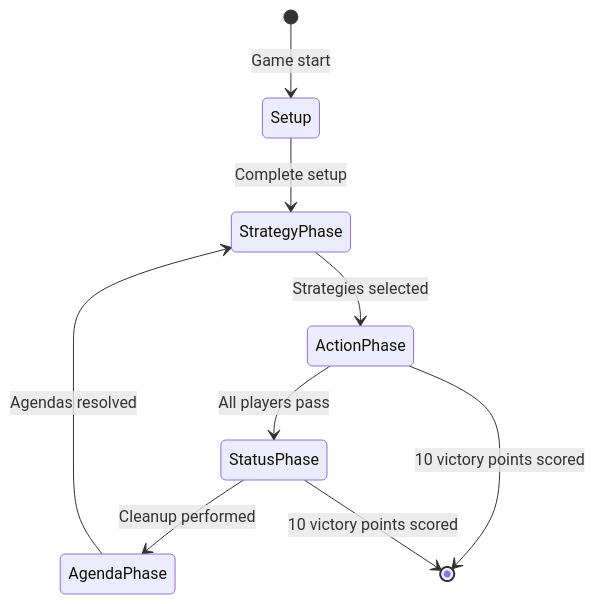
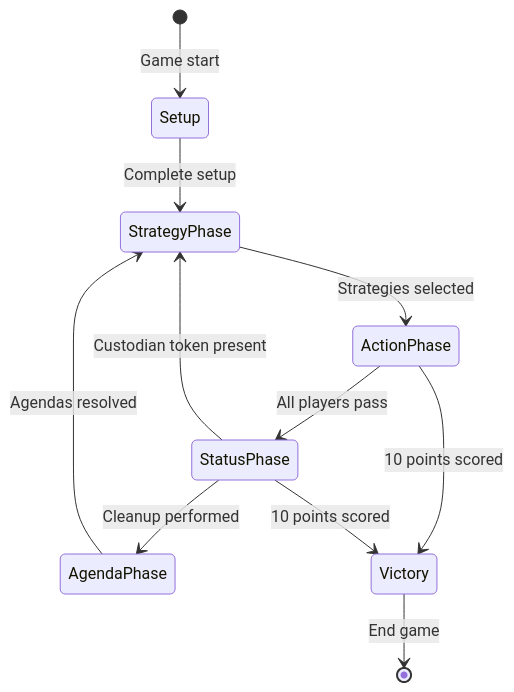
The first of 2 diagrams in docs/overview_of_rules.md (alfabetacain/ti4), drawn with Mermaid before and after one commit.

Commit message:
add transtition to status phase

````diff
--- a/docs/overview_of_rules.md
+++ b/docs/overview_of_rules.md
@@ -9,11 +9,13 @@
 ```mermaid
 stateDiagram-v2
     [*] --> Setup: Game start
     Setup --> StrategyPhase: Complete setup
     StrategyPhase --> ActionPhase: Strategies selected
     ActionPhase --> StatusPhase: All players pass
     StatusPhase --> AgendaPhase: Cleanup performed
+    StatusPhase --> StrategyPhase: Custodian token present
     AgendaPhase --> StrategyPhase: Agendas resolved
-    ActionPhase --> [*]: 10 victory points scored
-    StatusPhase --> [*]: 10 victory points scored
+    ActionPhase --> Victory: 10 points scored
+    StatusPhase --> Victory: 10 points scored
+    Victory --> [*]: End game
 ```
````
